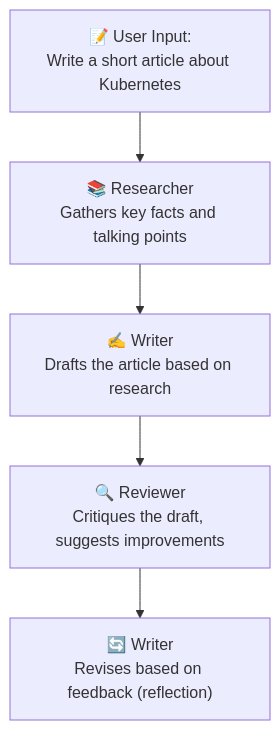
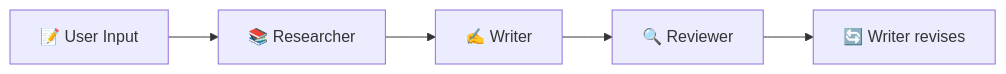
Before and after one commit to davidkaya/talks: the seventh of 7 diagrams in standard/Agentic Engineering/presentation.md, drawn with Mermaid. The commit also changed other lines of this file, not shown here.

Commit message:
fix: simplify Developer Role and Demo diagrams to fit slides
- Developer Role: collapse 5 separate br-lines into 2 comma-separated lines per node
- Demo: switch from TD to LR, remove subtitle text from nodes (explained in bullets below)

````diff
--- a/standard/Agentic Engineering/presentation.md
+++ b/standard/Agentic Engineering/presentation.md
@@ -484,10 +484,7 @@
 ```mermaid
-flowchart TD
-    I["📝 User Input:<br>Write a short article about Kubernetes"]
-    R["📚 Researcher<br>Gathers key facts and talking points"]
-    W1["✍️ Writer<br>Drafts the article based on research"]
-    Rev["🔍 Reviewer<br>Critiques the draft, suggests improvements"]
-    W2["🔄 Writer<br>Revises based on feedback (reflection)"]
-
-    I --> R --> W1 --> Rev --> W2
+flowchart LR
+    I["📝 User Input"] --> R["📚 Researcher"]
+    R --> W1["✍️ Writer"]
+    W1 --> Rev["🔍 Reviewer"]
+    Rev --> W2["🔄 Writer revises"]
 ```
````
